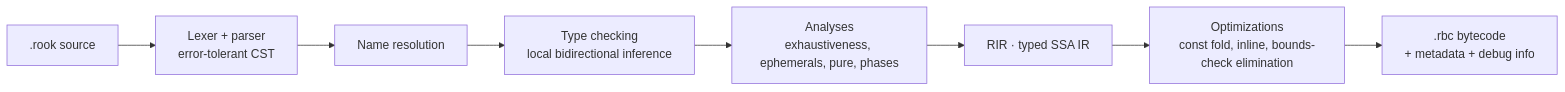
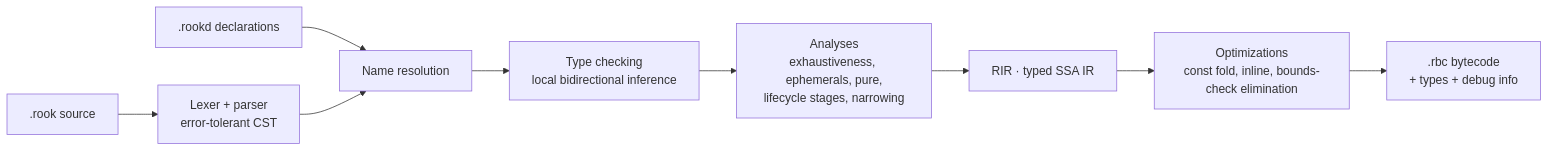
The diagram in docs/14-rook-language.md (BRUN0R2/modern-client.v2), drawn with Mermaid before and after one commit. The commit also changed other lines of this file and 24 other files, not shown here.

````diff
--- a/docs/14-rook-language.md
+++ b/docs/14-rook-language.md
@@ -689,10 +815,11 @@
 ```mermaid
 flowchart LR
     A[.rook source] --> B[Lexer + parser<br/>error-tolerant CST]
+    C0[.rookd declarations] --> C
     B --> C[Name resolution]
     C --> D[Type checking<br/>local bidirectional inference]
-    D --> E[Analyses<br/>exhaustiveness, ephemerals, pure, phases]
+    D --> E[Analyses<br/>exhaustiveness, ephemerals, pure,<br/>lifecycle stages, narrowing]
     E --> F[RIR · typed SSA IR]
     F --> G[Optimizations<br/>const fold, inline, bounds-check elimination]
-    G --> H[.rbc bytecode<br/>+ metadata + debug info]
+    G --> H[.rbc bytecode<br/>+ types + debug info]
 ```
````
